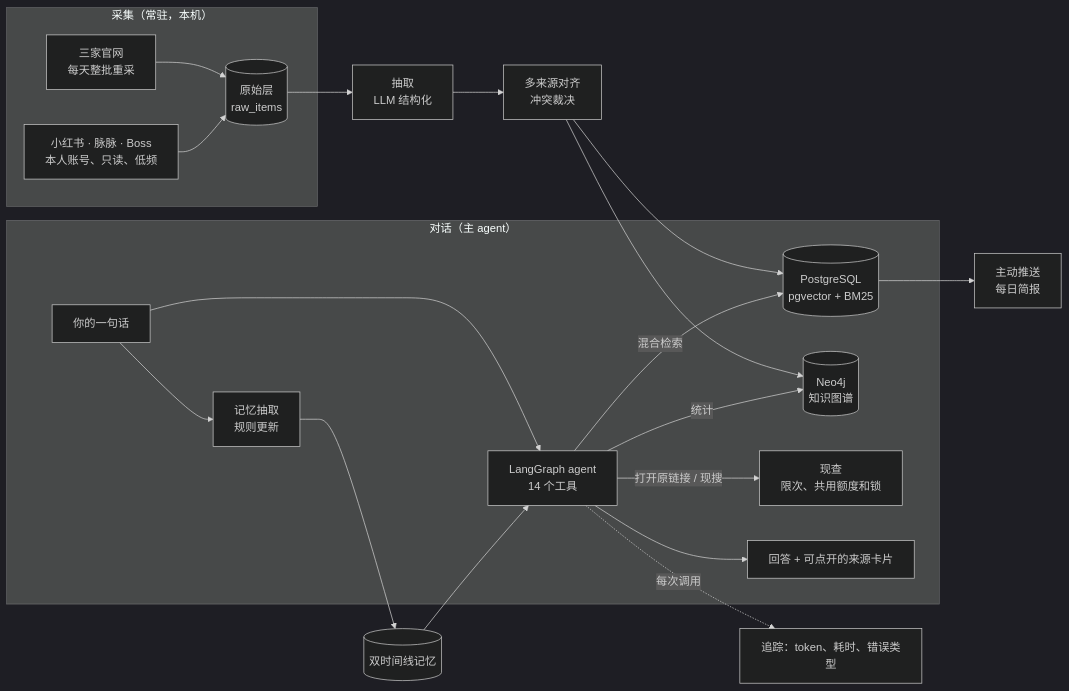
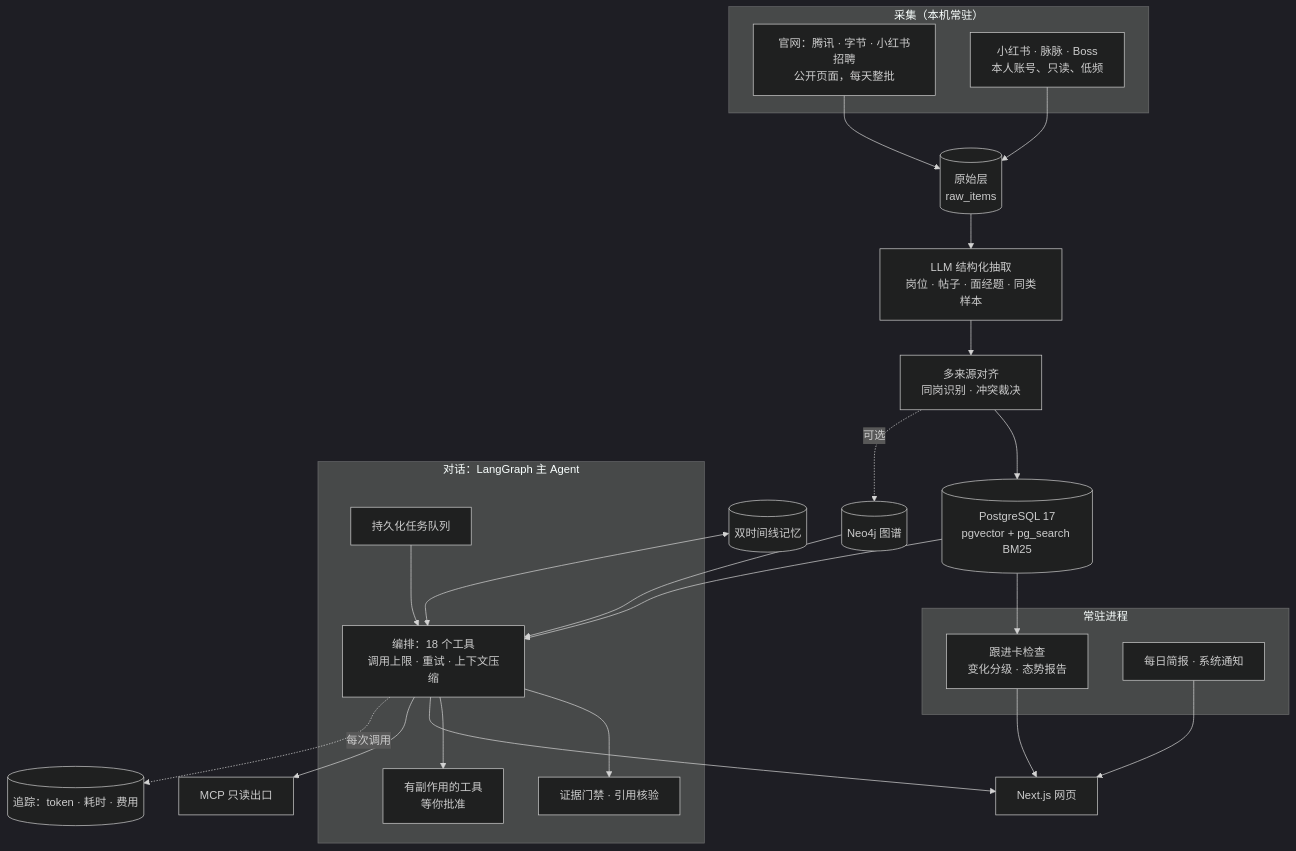
The first of 2 diagrams in README.md (duoduo-cell/polaris), drawn with Mermaid (dark theme) before and after one commit. The commit also changed other lines of this file and 5 other files, not shown here.

````diff
--- a/README.md
+++ b/README.md
@@ -31,21 +46,31 @@
 ```mermaid
-flowchart LR
-  subgraph 采集["采集（常驻，本机）"]
-    A1[三家官网<br/>每天整批重采] --> R[(原始层<br/>raw_items)]
-    A2[小红书 · 脉脉 · Boss<br/>本人账号、只读、低频] --> R
+flowchart TB
+  subgraph collect["采集（本机常驻）"]
+    O["官网：腾讯 · 字节 · 小红书招聘<br/>公开页面，每天整批"]
+    B["小红书 · 脉脉 · Boss<br/>本人账号、只读、低频"]
   end
-  R --> E[抽取<br/>LLM 结构化] --> AL[多来源对齐<br/>冲突裁决]
-  AL --> DB[(PostgreSQL<br/>pgvector + BM25)]
-  AL --> G[(Neo4j<br/>知识图谱)]
-  subgraph 对话["对话（主 agent）"]
-    U[你的一句话] --> M[记忆抽取<br/>规则更新] & AG[LangGraph agent<br/>14 个工具]
-    AG -->|混合检索| DB
-    AG -->|统计| G
-    AG -->|打开原链接 / 现搜| L[现查<br/>限次、共用额度和锁]
-    AG --> C[回答 + 可点开的来源卡片]
+  O --> RAW[("原始层<br/>raw_items")]
+  B --> RAW
+  RAW --> EX["LLM 结构化抽取<br/>岗位 · 帖子 · 面经题 · 同类样本"]
+  EX --> AL["多来源对齐<br/>同岗识别 · 冲突裁决"]
+  AL --> PG[("PostgreSQL 17<br/>pgvector + pg_search BM25")]
+  AL -.->|可选| KG[("Neo4j 图谱")]
+  subgraph agent["对话：LangGraph 主 Agent"]
+    Q["持久化任务队列"] --> G["编排：18 个工具<br/>调用上限 · 重试 · 上下文压缩"]
+    G --> GATE["证据门禁 · 引用核验"]
+    G --> APR["有副作用的工具<br/>等你批准"]
   end
-  M --> MEM[(双时间线记忆)]
-  MEM --> AG
-  DB --> P[主动推送<br/>每日简报]
-  AG -.每次调用.-> T[追踪：token、耗时、错误类型]
+  PG --> G
+  KG --> G
+  MEM[("双时间线记忆")] <--> G
+  G --> WEB["Next.js 网页"]
+  G --> MCP["MCP 只读出口"]
+  subgraph daemon["常驻进程"]
+    W["跟进卡检查<br/>变化分级 · 态势报告"]
+    BR["每日简报 · 系统通知"]
+  end
+  PG --> W
+  W --> WEB
+  BR --> WEB
+  G -.->|每次调用| TR[("追踪：token · 耗时 · 费用")]
 ```
````
